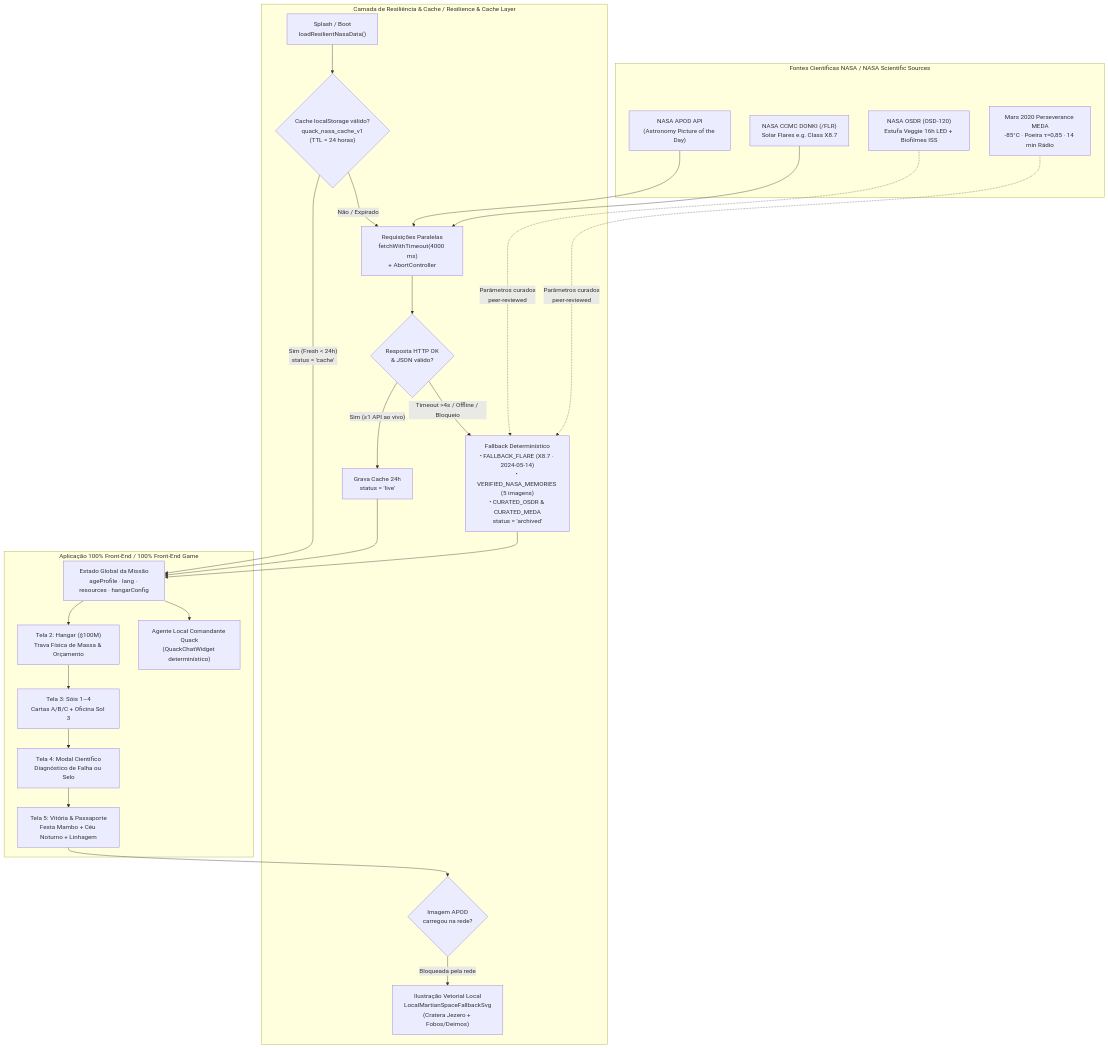
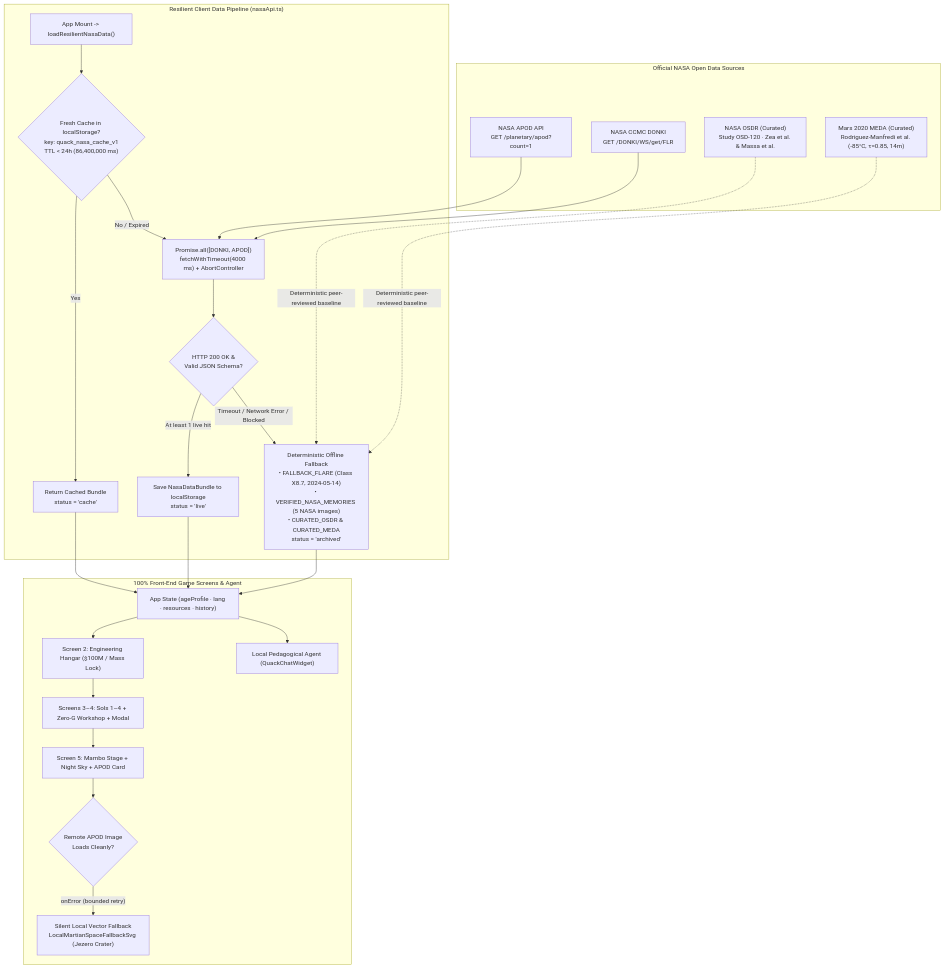
One commit to demaeparaluna-wq/Nasa-Space-Apps---AIRA changed the diagram in docs/ARCHITECTURE.md. Above: the diagram before and after it, drawn with Mermaid. The commit also changed other lines of this file and 4 other files, not shown here.

````diff
--- a/docs/ARCHITECTURE.md
+++ b/docs/ARCHITECTURE.md
@@ -30,50 +23,47 @@
 ```mermaid
 flowchart TD
-    %% Fontes de Dados Reais da NASA / Real NASA Data Sources
-    subgraph NASA["Fontes Científicas NASA / NASA Scientific Sources"]
-        APOD["NASA APOD API<br/>(Astronomy Picture of the Day)"]
-        DONKI["NASA CCMC DONKI (/FLR)<br/>Solar Flares e.g. Class X8.7"]
-        OSDR["NASA OSDR (OSD-120)<br/>Estufa Veggie 16h LED + Biofilmes ISS"]
-        MEDA["Mars 2020 Perseverance MEDA<br/>-85°C · Poeira τ=0,85 · 14 min Rádio"]
+    subgraph SOURCES["Official NASA Open Data Sources"]
+        APOD["NASA APOD API<br/>GET /planetary/apod?count=1"]
+        DONKI["NASA CCMC DONKI<br/>GET /DONKI/WS/get/FLR"]
+        OSDR["NASA OSDR (Curated)<br/>Study OSD-120 · Zea et al. & Massa et al."]
+        MEDA["Mars 2020 MEDA (Curated)<br/>Rodriguez-Manfredi et al. (-85°C, τ=0.85, 14m)"]
     end
 
-    %% Camada de Resiliência / Resilience Layer
-    subgraph RES["Camada de Resiliência & Cache / Resilience & Cache Layer"]
-        INIT["Splash / Boot<br/>loadResilientNasaData()"]
-        CACHE{"Cache localStorage válido?<br/>quack_nasa_cache_v1<br/>(TTL = 24 horas)"}
-        FETCH["Requisições Paralelas<br/>fetchWithTimeout(4000 ms)<br/>+ AbortController"]
-        OK{"Resposta HTTP OK<br/>& JSON válido?"}
-        WRITE["Grava Cache 24h<br/>status = 'live'"]
-        FALLBACK["Fallback Determinístico<br/>• FALLBACK_FLARE (X8.7 · 2024-05-14)<br/>• VERIFIED_NASA_MEMORIES (5 imagens)<br/>• CURATED_OSDR & CURATED_MEDA<br/>status = 'archived'"]
-        IMG_GUARD{"Imagem APOD<br/>carregou na rede?"}
-        SVG_LOCAL["Ilustração Vetorial Local<br/>LocalMartianSpaceFallbackSvg<br/>(Cratera Jezero + Fobos/Deimos)"]
+    subgraph PIPELINE["Resilient Client Data Pipeline (nasaApi.ts)"]
+        BOOT["App Mount -> loadResilientNasaData()"]
+        CHECK{"Fresh Cache in localStorage?<br/>key: quack_nasa_cache_v1<br/>TTL < 24h (86,400,000 ms)"}
+        RETURN_CACHE["Return Cached Bundle<br/>status = 'cache'"]
+        PARALLEL["Promise.all([DONKI, APOD])<br/>fetchWithTimeout(4000 ms) + AbortController"]
+        VALIDATE{"HTTP 200 OK &<br/>Valid JSON Schema?"}
+        STORE["Save NasaDataBundle to localStorage<br/>status = 'live'"]
+        FALLBACK["Deterministic Offline Fallback<br/>• FALLBACK_FLARE (Class X8.7, 2024-05-14)<br/>• VERIFIED_NASA_MEMORIES (5 NASA images)<br/>• CURATED_OSDR & CURATED_MEDA<br/>status = 'archived'"]
     end
 
-    %% Camada de Aplicação / Application Layer
-    subgraph APP["Aplicação 100% Front-End / 100% Front-End Game"]
-        STATE["Estado Global da Missão<br/>ageProfile · lang · resources · hangarConfig"]
-        S2["Tela 2: Hangar ($100M)<br/>Trava Física de Massa & Orçamento"]
-        S3["Tela 3: Sóis 1–4<br/>Cartas A/B/C + Oficina Sol 3"]
-        S4["Tela 4: Modal Científico<br/>Diagnóstico de Falha ou Selo"]
-        S5["Tela 5: Vitória & Passaporte<br/>Festa Mambo + Céu Noturno + Linhagem"]
-        QUACK["Agente Local Comandante Quack<br/>(QuackChatWidget determinístico)"]
+    subgraph RENDER["100% Front-End Game Screens & Agent"]
+        STATE["App State (ageProfile · lang · resources · history)"]
+        HANGAR["Screen 2: Engineering Hangar ($100M / Mass Lock)"]
+        SOLS["Screens 3–4: Sols 1–4 + Zero-G Workshop + Modal"]
+        VICTORY["Screen 5: Mambo Stage + Night Sky + APOD Card"]
+        IMGTEST{"Remote APOD Image<br/>Loads Cleanly?"}
+        LOCALSVG["Silent Local Vector Fallback<br/>LocalMartianSpaceFallbackSvg (Jezero Crater)"]
+        QUACK["Local Pedagogical Agent (QuackChatWidget)"]
     end
 
-    INIT --> CACHE
-    CACHE -- "Sim (Fresh < 24h)<br/>status = 'cache'" --> STATE
-    CACHE -- "Não / Expirado" --> FETCH
+    BOOT --> CHECK
+    CHECK -- "Yes" --> RETURN_CACHE --> STATE
+    CHECK -- "No / Expired" --> PARALLEL
 
-    APOD --> FETCH
-    DONKI --> FETCH
-    OSDR -. "Parâmetros curados<br/>peer-reviewed" .-> FALLBACK
-    MEDA -. "Parâmetros curados<br/>peer-reviewed" .-> FALLBACK
+    APOD --> PARALLEL
+    DONKI --> PARALLEL
+    OSDR -. "Deterministic peer-reviewed baseline" .-> FALLBACK
+    MEDA -. "Deterministic peer-reviewed baseline" .-> FALLBACK
 
-    FETCH --> OK
-    OK -- "Sim (≥1 API ao vivo)" --> WRITE --> STATE
-    OK -- "Timeout >4s / Offline / Bloqueio" --> FALLBACK --> STATE
+    PARALLEL --> VALIDATE
+    VALIDATE -- "At least 1 live hit" --> STORE --> STATE
+    VALIDATE -- "Timeout / Network Error / Blocked" --> FALLBACK --> STATE
 
-    STATE --> S2 --> S3 --> S4 --> S5
+    STATE --> HANGAR --> SOLS --> VICTORY
     STATE --> QUACK
-    S5 --> IMG_GUARD
-    IMG_GUARD -- "Bloqueada pela rede" --> SVG_LOCAL
+    VICTORY --> IMGTEST
+    IMGTEST -- "onError (bounded retry)" --> LOCALSVG
 ```
````
